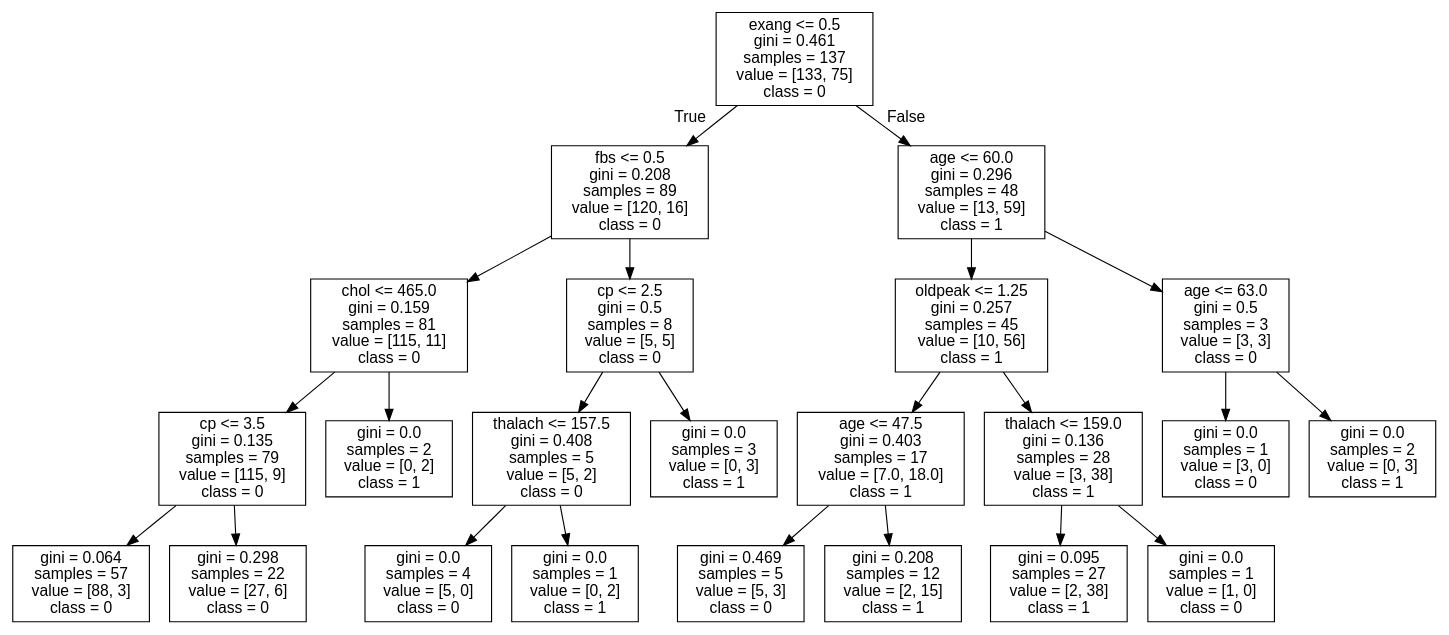
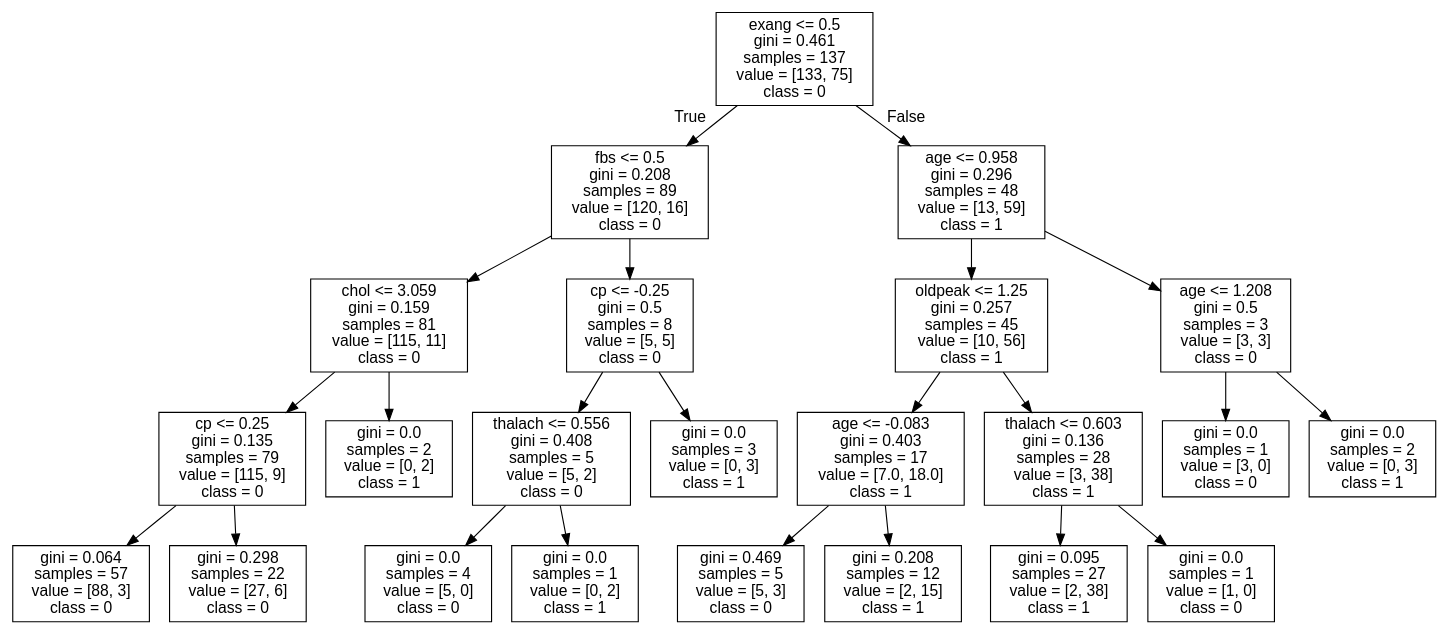
The diagram in data/breast-cancer/tree.dot (cyrilvincent/ML), drawn with Graphviz before and after one commit. The commit also changed 3 other files, not shown here.

```diff
--- a/data/breast-cancer/tree.dot
+++ b/data/breast-cancer/tree.dot
@@ -1,49 +1,49 @@
 digraph Tree {
 node [shape=box, fontname="helvetica"] ;
 edge [fontname="helvetica"] ;
 0 [label="exang <= 0.5\ngini = 0.461\nsamples = 137\nvalue = [133, 75]\nclass = 0"] ;
 1 [label="fbs <= 0.5\ngini = 0.208\nsamples = 89\nvalue = [120, 16]\nclass = 0"] ;
 0 -> 1 [labeldistance=2.5, labelangle=45, headlabel="True"] ;
-2 [label="chol <= 465.0\ngini = 0.159\nsamples = 81\nvalue = [115, 11]\nclass = 0"] ;
+2 [label="chol <= 3.059\ngini = 0.159\nsamples = 81\nvalue = [115, 11]\nclass = 0"] ;
 1 -> 2 ;
-3 [label="cp <= 3.5\ngini = 0.135\nsamples = 79\nvalue = [115, 9]\nclass = 0"] ;
+3 [label="cp <= 0.25\ngini = 0.135\nsamples = 79\nvalue = [115, 9]\nclass = 0"] ;
 2 -> 3 ;
 4 [label="gini = 0.064\nsamples = 57\nvalue = [88, 3]\nclass = 0"] ;
 3 -> 4 ;
 5 [label="gini = 0.298\nsamples = 22\nvalue = [27, 6]\nclass = 0"] ;
 3 -> 5 ;
 6 [label="gini = 0.0\nsamples = 2\nvalue = [0, 2]\nclass = 1"] ;
 2 -> 6 ;
-7 [label="cp <= 2.5\ngini = 0.5\nsamples = 8\nvalue = [5, 5]\nclass = 0"] ;
+7 [label="cp <= -0.25\ngini = 0.5\nsamples = 8\nvalue = [5, 5]\nclass = 0"] ;
 1 -> 7 ;
-8 [label="thalach <= 157.5\ngini = 0.408\nsamples = 5\nvalue = [5, 2]\nclass = 0"] ;
+8 [label="thalach <= 0.556\ngini = 0.408\nsamples = 5\nvalue = [5, 2]\nclass = 0"] ;
 7 -> 8 ;
 9 [label="gini = 0.0\nsamples = 4\nvalue = [5, 0]\nclass = 0"] ;
 8 -> 9 ;
 10 [label="gini = 0.0\nsamples = 1\nvalue = [0, 2]\nclass = 1"] ;
 8 -> 10 ;
 11 [label="gini = 0.0\nsamples = 3\nvalue = [0, 3]\nclass = 1"] ;
 7 -> 11 ;
-12 [label="age <= 60.0\ngini = 0.296\nsamples = 48\nvalue = [13, 59]\nclass = 1"] ;
+12 [label="age <= 0.958\ngini = 0.296\nsamples = 48\nvalue = [13, 59]\nclass = 1"] ;
 0 -> 12 [labeldistance=2.5, labelangle=-45, headlabel="False"] ;
 13 [label="oldpeak <= 1.25\ngini = 0.257\nsamples = 45\nvalue = [10, 56]\nclass = 1"] ;
 12 -> 13 ;
-14 [label="age <= 47.5\ngini = 0.403\nsamples = 17\nvalue = [7.0, 18.0]\nclass = 1"] ;
+14 [label="age <= -0.083\ngini = 0.403\nsamples = 17\nvalue = [7.0, 18.0]\nclass = 1"] ;
 13 -> 14 ;
 15 [label="gini = 0.469\nsamples = 5\nvalue = [5, 3]\nclass = 0"] ;
 14 -> 15 ;
 16 [label="gini = 0.208\nsamples = 12\nvalue = [2, 15]\nclass = 1"] ;
 14 -> 16 ;
-17 [label="thalach <= 159.0\ngini = 0.136\nsamples = 28\nvalue = [3, 38]\nclass = 1"] ;
+17 [label="thalach <= 0.603\ngini = 0.136\nsamples = 28\nvalue = [3, 38]\nclass = 1"] ;
 13 -> 17 ;
 18 [label="gini = 0.095\nsamples = 27\nvalue = [2, 38]\nclass = 1"] ;
 17 -> 18 ;
 19 [label="gini = 0.0\nsamples = 1\nvalue = [1, 0]\nclass = 0"] ;
 17 -> 19 ;
-20 [label="age <= 63.0\ngini = 0.5\nsamples = 3\nvalue = [3, 3]\nclass = 0"] ;
+20 [label="age <= 1.208\ngini = 0.5\nsamples = 3\nvalue = [3, 3]\nclass = 0"] ;
 12 -> 20 ;
 21 [label="gini = 0.0\nsamples = 1\nvalue = [3, 0]\nclass = 0"] ;
 20 -> 21 ;
 22 [label="gini = 0.0\nsamples = 2\nvalue = [0, 3]\nclass = 1"] ;
 20 -> 22 ;
 }
```
